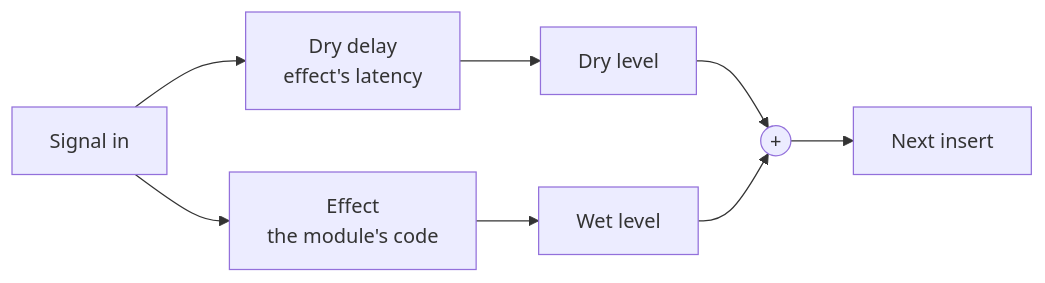
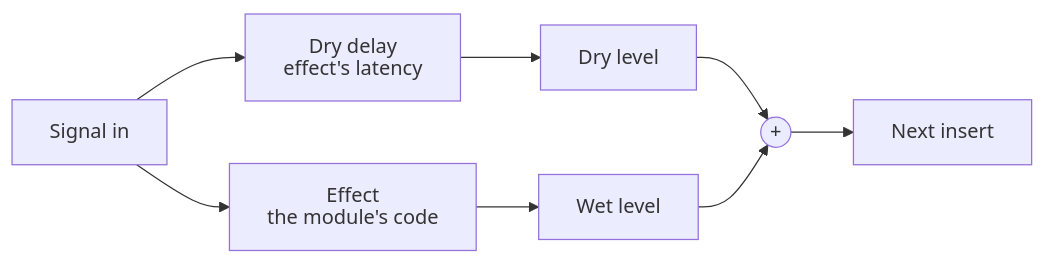
Before and after one commit to Affid/modular-av: the second of 2 diagrams in docs/voice-routing.md, drawn with Mermaid. The commit also changed other lines of this file and 80 other files, not shown here.

First line of the commit message:
docs: readable README, an architecture guide and screenshots (#17)

````diff
--- a/docs/voice-routing.md
+++ b/docs/voice-routing.md
@@ -41,10 +42,11 @@
 ```mermaid
+%%{init: {"htmlLabels": false, "flowchart": {"htmlLabels": false}}}%%
 flowchart LR
   in[Signal in] --> delay["Dry delay<br/>effect's latency"]
   delay --> dry[Dry level]
   in --> effect["Effect<br/>the module's code"]
   effect --> wet[Wet level]
   dry --> sum((+))
   wet --> sum
   sum --> next[Next insert]
 ```
````
